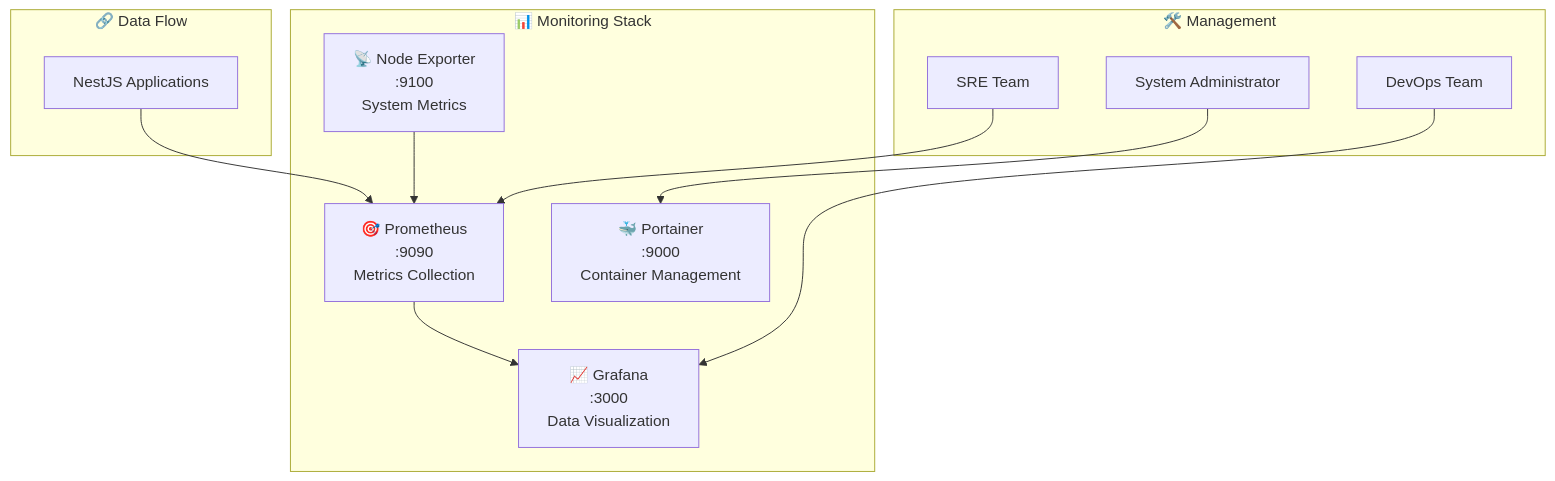
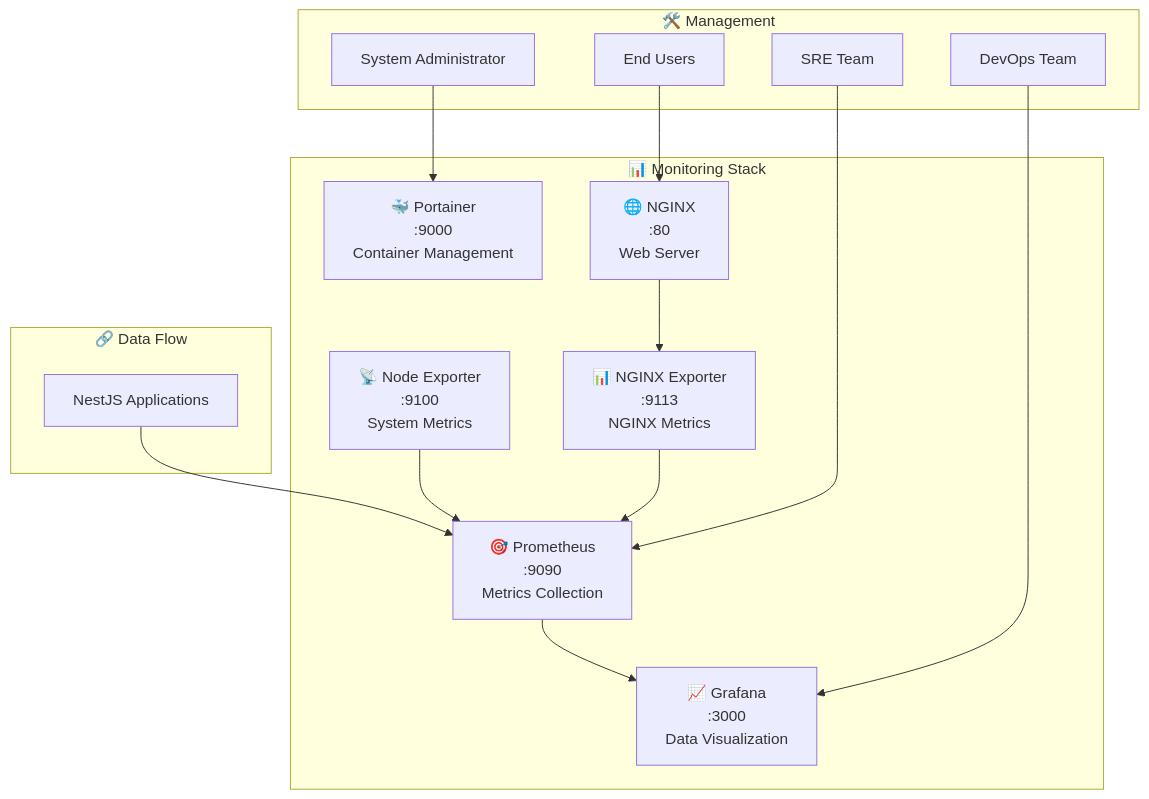
Before and after one commit to awesomecit/backend-nestjs-boileplate: the diagram in docs/monitoring/README_MONITORING.md, drawn with Mermaid. The commit also changed other lines of this file and 3 other files, not shown here.

````diff
--- a/docs/monitoring/README_MONITORING.md
+++ b/docs/monitoring/README_MONITORING.md
@@ -9,21 +9,26 @@
 ```mermaid
 graph TB
     subgraph "📊 Monitoring Stack"
         Prometheus[🎯 Prometheus<br/>:9090<br/>Metrics Collection]
         Grafana[📈 Grafana<br/>:3000<br/>Data Visualization]
         Portainer[🐳 Portainer<br/>:9000<br/>Container Management]
         NodeExporter[📡 Node Exporter<br/>:9100<br/>System Metrics]
+        NGINX[🌐 NGINX<br/>:80<br/>Web Server]
+        NGINXExporter[📊 NGINX Exporter<br/>:9113<br/>NGINX Metrics]
     end
 
     subgraph "🔗 Data Flow"
         Apps[NestJS Applications] --> Prometheus
         NodeExporter --> Prometheus
+        NGINX --> NGINXExporter
+        NGINXExporter --> Prometheus
         Prometheus --> Grafana
     end
 
     subgraph "🛠️ Management"
         Admin[System Administrator] --> Portainer
         DevOps[DevOps Team] --> Grafana
         SRE[SRE Team] --> Prometheus
+        Users[End Users] --> NGINX
     end
 ```
````
